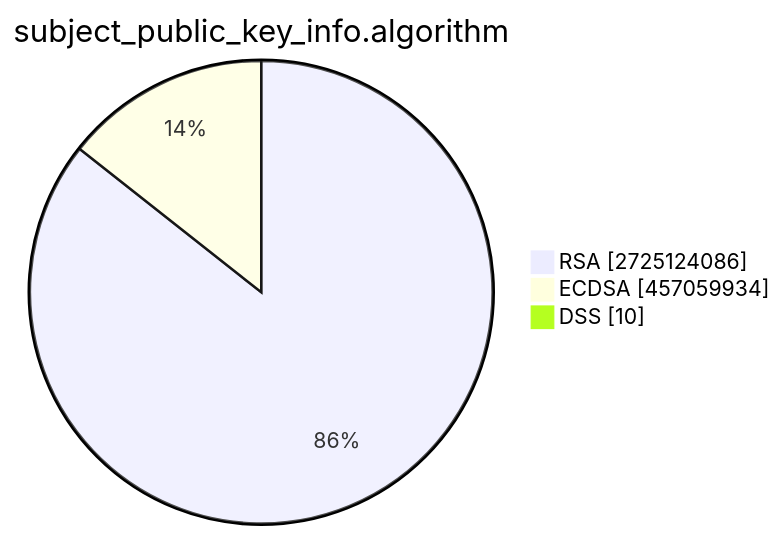
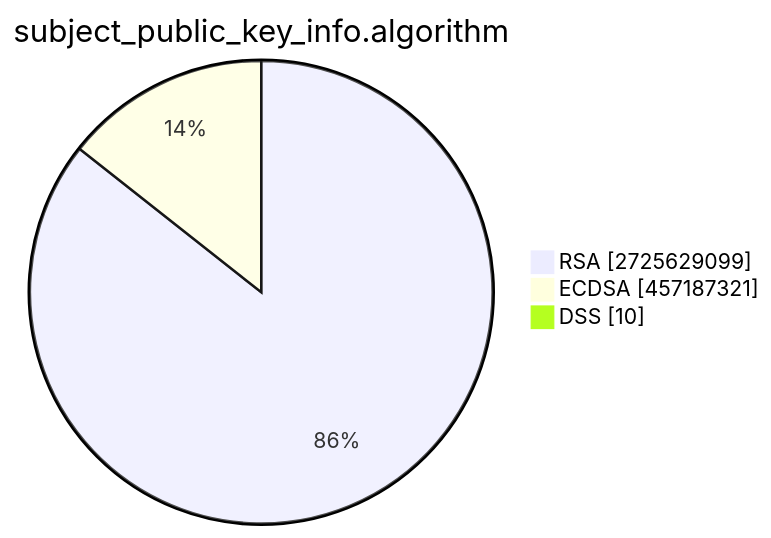
Before and after one commit to christiankrug/ctmonitor_visualization: the second of 15 diagrams in TOTAL/README.md, drawn with Mermaid. The commit also changed other lines of this file, not shown here.

````diff
--- a/TOTAL/README.md
+++ b/TOTAL/README.md
@@ -6,7 +6,7 @@
 ```mermaid
 pie showData
 title subject_public_key_info.algorithm
-"RSA" :2725124086
-"ECDSA" :457059934
+"RSA" :2725629099
+"ECDSA" :457187321
 "DSS" :10
 ```
````
